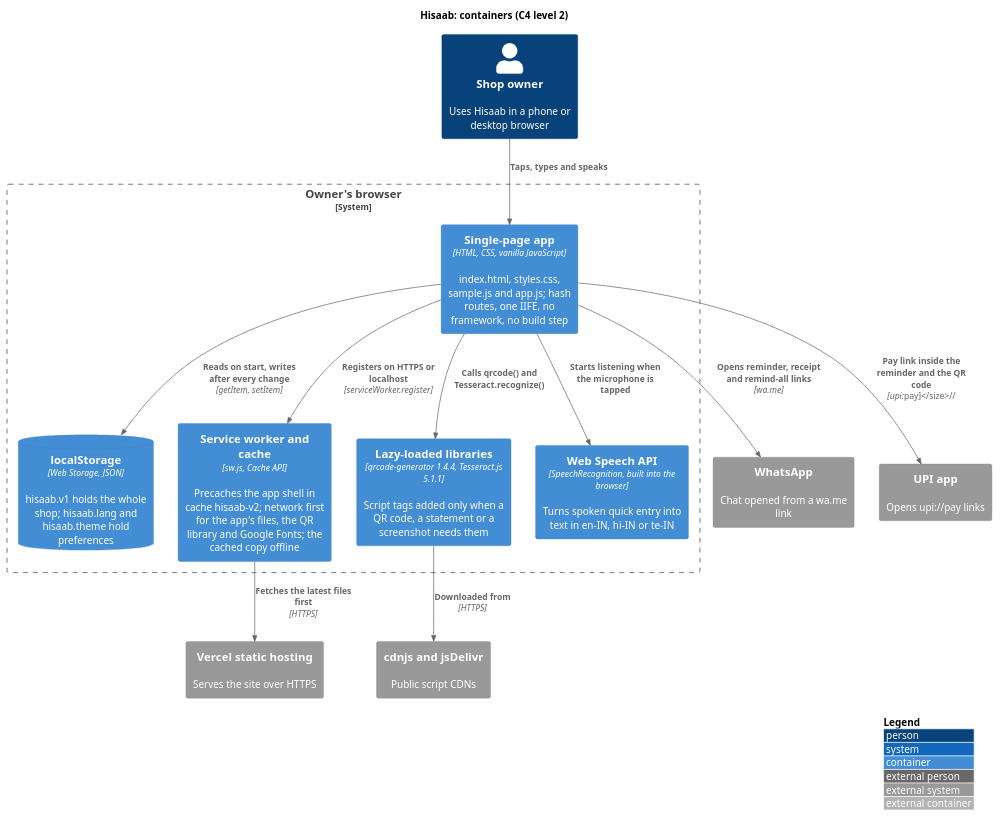
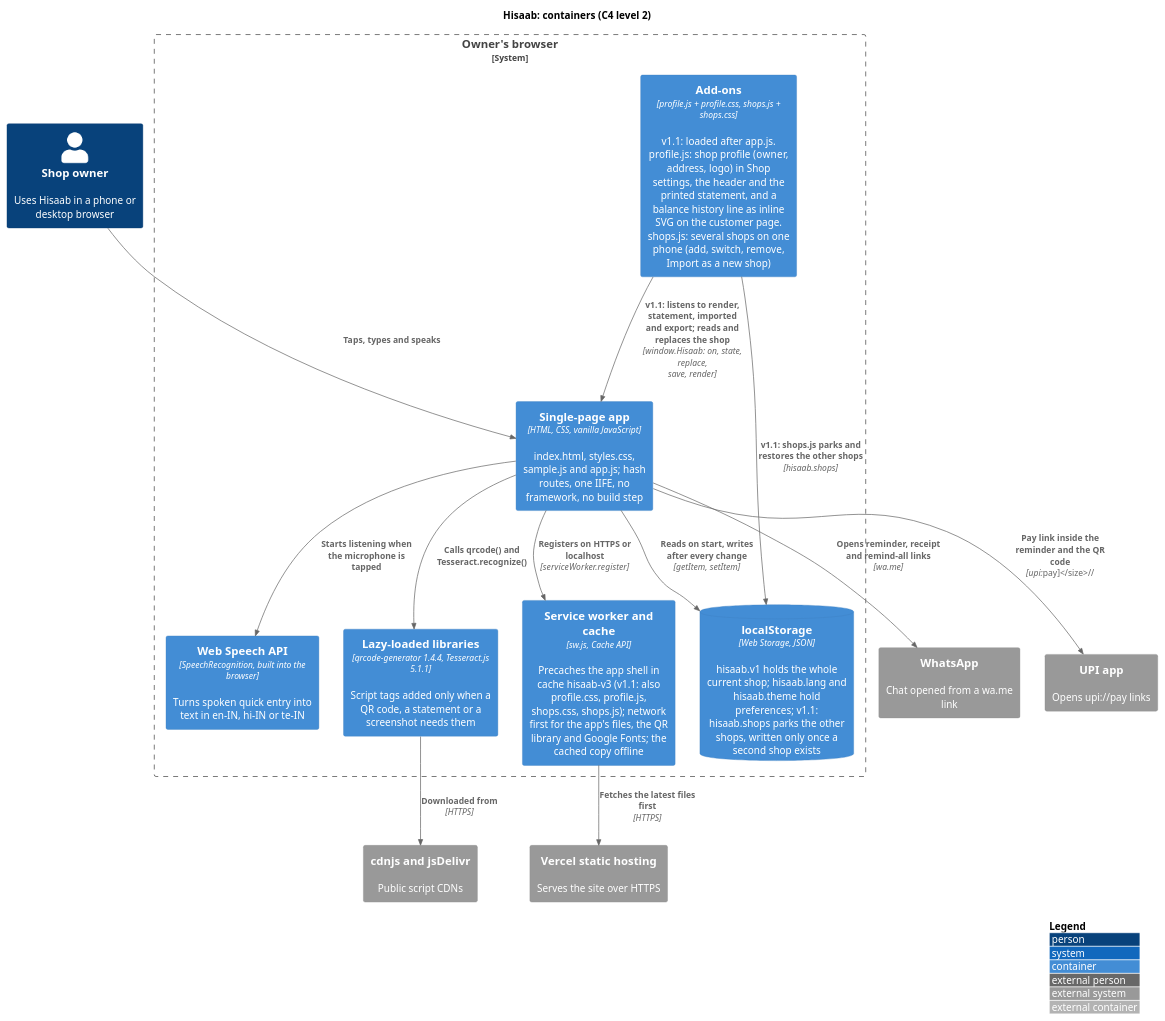
Before and after one commit to karwasanjay007/hisaab-docs: the diagram in docs/diagrams/c4-container.puml, drawn with PlantUML. The commit also changed 5 other files, not shown here.

First line of the commit message:
Diagrams for version 1.1.0.0: container, component and deployment show the add-ons, the hook and the second storage key

```diff
--- a/docs/diagrams/c4-container.puml
+++ b/docs/diagrams/c4-container.puml
@@ -1,30 +1,33 @@
 @startuml c4-container
 !include <C4/C4_Container>
 title Hisaab: containers (C4 level 2)
 
 Person(owner, "Shop owner", "Uses Hisaab in a phone or desktop browser")
 System_Ext(whatsapp, "WhatsApp", "Chat opened from a wa.me link")
 System_Ext(upi, "UPI app", "Opens upi://pay links")
 System_Ext(cdn, "cdnjs and jsDelivr", "Public script CDNs")
 System_Ext(vercel, "Vercel static hosting", "Serves the site over HTTPS")
 
 System_Boundary(browser, "Owner's browser") {
   Container(spa, "Single-page app", "HTML, CSS, vanilla JavaScript", "index.html, styles.css, sample.js and app.js; hash routes, one IIFE, no framework, no build step")
-  ContainerDb(ls, "localStorage", "Web Storage, JSON", "hisaab.v1 holds the whole shop; hisaab.lang and hisaab.theme hold preferences")
-  Container(sw, "Service worker and cache", "sw.js, Cache API", "Precaches the app shell in cache hisaab-v2; network first for the app's files, the QR library and Google Fonts; the cached copy offline")
+  Container(addons, "Add-ons", "profile.js + profile.css, shops.js + shops.css", "v1.1: loaded after app.js. profile.js: shop profile (owner, address, logo) in Shop settings, the header and the printed statement, and a balance history line as inline SVG on the customer page. shops.js: several shops on one phone (add, switch, remove, Import as a new shop)")
+  ContainerDb(ls, "localStorage", "Web Storage, JSON", "hisaab.v1 holds the whole current shop; hisaab.lang and hisaab.theme hold preferences; v1.1: hisaab.shops parks the other shops, written only once a second shop exists")
+  Container(sw, "Service worker and cache", "sw.js, Cache API", "Precaches the app shell in cache hisaab-v3 (v1.1: also profile.css, profile.js, shops.css, shops.js); network first for the app's files, the QR library and Google Fonts; the cached copy offline")
   Container(libs, "Lazy-loaded libraries", "qrcode-generator 1.4.4, Tesseract.js 5.1.1", "Script tags added only when a QR code, a statement or a screenshot needs them")
   Container(speech, "Web Speech API", "SpeechRecognition, built into the browser", "Turns spoken quick entry into text in en-IN, hi-IN or te-IN")
 }
 
 Rel(owner, spa, "Taps, types and speaks")
 Rel(spa, ls, "Reads on start, writes after every change", "getItem, setItem")
+Rel(addons, spa, "v1.1: listens to render, statement, imported and export; reads and replaces the shop", "window.Hisaab: on, state, replace, save, render")
+Rel(addons, ls, "v1.1: shops.js parks and restores the other shops", "hisaab.shops")
 Rel(spa, sw, "Registers on HTTPS or localhost", "serviceWorker.register")
 Rel(sw, vercel, "Fetches the latest files first", "HTTPS")
 Rel(spa, libs, "Calls qrcode() and Tesseract.recognize()")
 Rel(libs, cdn, "Downloaded from", "HTTPS")
 Rel(spa, speech, "Starts listening when the microphone is tapped")
 Rel(spa, whatsapp, "Opens reminder, receipt and remind-all links", "wa.me")
 Rel(spa, upi, "Pay link inside the reminder and the QR code", "upi://pay")
 
 LAYOUT_WITH_LEGEND()
 @enduml
```
